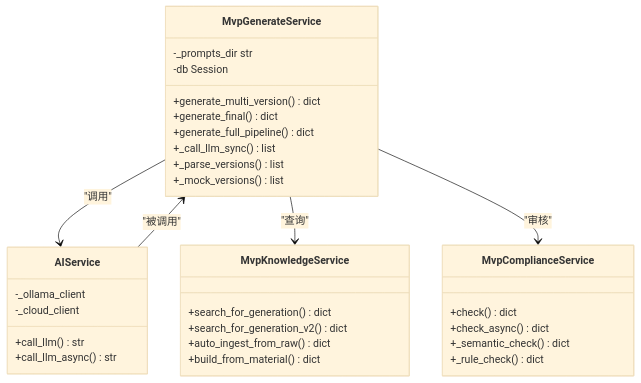
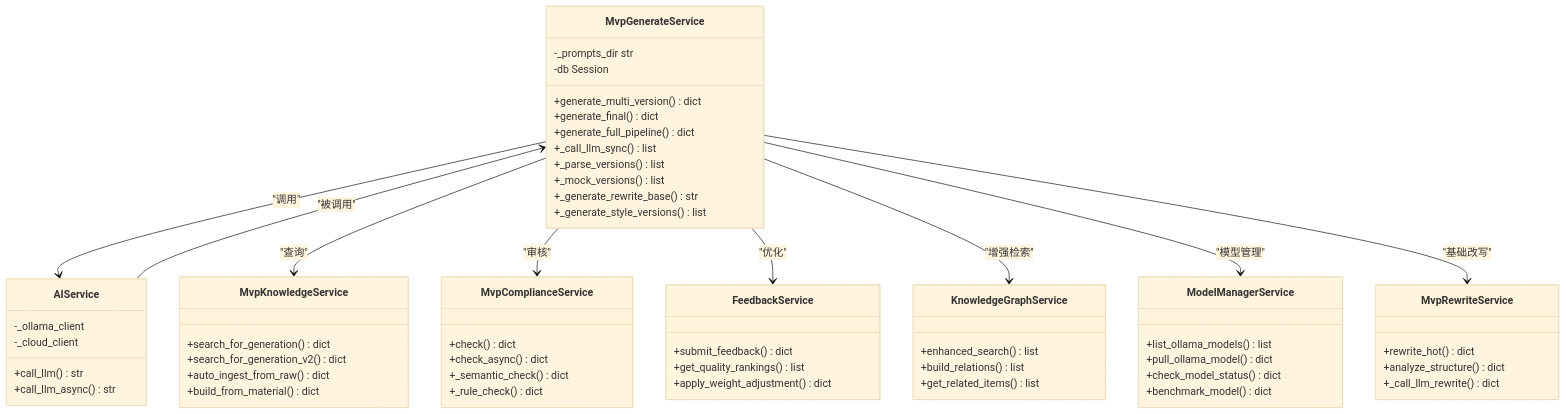
One commit to dream-ze/AI_huoke- changed the third of 14 diagrams in .qoder/repowiki/zh/content/AI内容处理系统/MVP AI内容生成系统.md. Above: the diagram before and after it, drawn with Mermaid (base theme). The commit also changed other lines of this file and 220 other files, not shown here.

````diff
--- a/.qoder/repowiki/zh/content/AI内容处理系统/MVP AI内容生成系统.md
+++ b/.qoder/repowiki/zh/content/AI内容处理系统/MVP AI内容生成系统.md
@@ -169,35 +243,62 @@
 ```mermaid
 classDiagram
 class MvpGenerateService {
 +generate_multi_version() dict
 +generate_final() dict
 +generate_full_pipeline() dict
 +_call_llm_sync() list
 +_parse_versions() list
 +_mock_versions() list
++_generate_rewrite_base() str
++_generate_style_versions() list
 -_prompts_dir str
 -db Session
 }
 class AIService {
 +call_llm() str
 +call_llm_async() str
 -_ollama_client
 -_cloud_client
 }
 class MvpKnowledgeService {
 +search_for_generation() dict
 +search_for_generation_v2() dict
 +auto_ingest_from_raw() dict
 +build_from_material() dict
 }
 class MvpComplianceService {
 +check() dict
 +check_async() dict
 +_semantic_check() dict
 +_rule_check() dict
 }
+class MvpRewriteService {
++rewrite_hot() dict
++analyze_structure() dict
++_call_llm_rewrite() dict
+}
+class FeedbackService {
++submit_feedback() dict
++get_quality_rankings() list
++apply_weight_adjustment() dict
+}
+class KnowledgeGraphService {
++enhanced_search() list
++build_relations() list
++get_related_items() list
+}
+class ModelManagerService {
++list_ollama_models() list
++pull_ollama_model() dict
++check_model_status() dict
++benchmark_model() dict
+}
 MvpGenerateService --> AIService : "调用"
 MvpGenerateService --> MvpKnowledgeService : "查询"
 MvpGenerateService --> MvpComplianceService : "审核"
+MvpGenerateService --> FeedbackService : "优化"
+MvpGenerateService --> KnowledgeGraphService : "增强检索"
+MvpGenerateService --> ModelManagerService : "模型管理"
+MvpGenerateService --> MvpRewriteService : "基础改写"
 AIService --> MvpGenerateService : "被调用"
 ```
````
